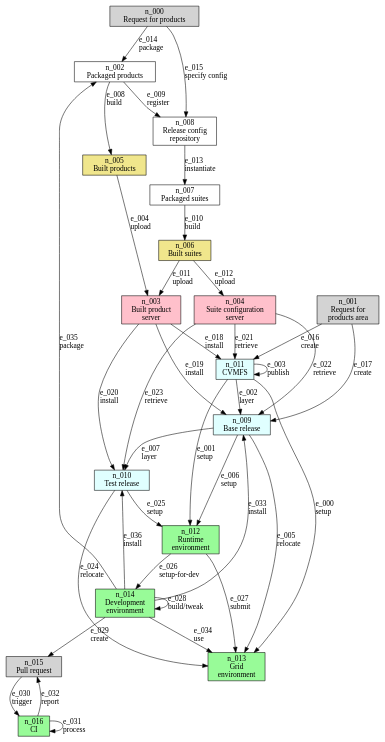
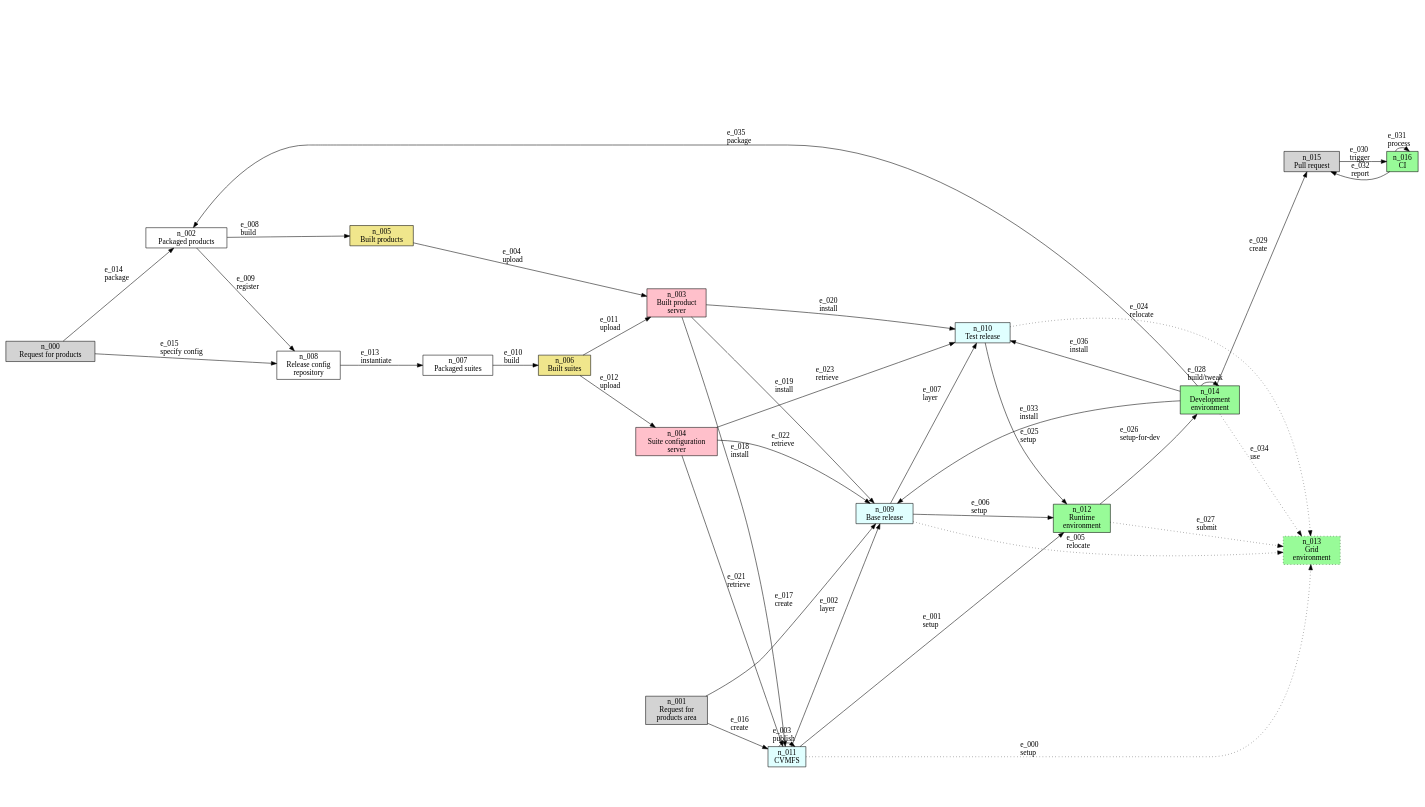
One commit to marcpaterno/spack_retreat changed the diagram in reduced-workflow.gv. Above: the diagram before and after it, drawn with Graphviz.

```diff
--- a/reduced-workflow.gv
+++ b/reduced-workflow.gv
@@ -1,61 +1,63 @@
 digraph spack_workflow {
 
   node [shape="rectangle"]
-  nodesep=0.35
+  nodesep=0.1
+  rankdir=LR
+  ratio=0.5625
 
   request_for_products [id="n_000", label="n_000\nRequest for products\n", style=filled, fillcolor=lightgray, href="./remaining_work.html#\N"]
   request_for_products_area [id="n_001", label="n_001\nRequest for\nproducts area\n", style=filled, fillcolor=lightgray, href="./remaining_work.html#\N"]
   packaged_products [id="n_002", label="n_002\nPackaged products", href="./remaining_work.html#\N"]
   scisoft [id="n_003", label="n_003\nBuilt product\nserver\n", style=filled, fillcolor=pink, href="./remaining_work.html#\N"]
   suite_config_server [id="n_004", label="n_004\nSuite configuration\nserver\n", style=filled, fillcolor=pink, href="./remaining_work.html#\N"]
   built_products [id="n_005", label="n_005\nBuilt products\n", style=filled, fillcolor=khaki, href="./remaining_work.html#\N"]
   built_env [id="n_006", label="n_006\nBuilt suites\n", style=filled, fillcolor=khaki, href="./remaining_work.html#\N"]
   packaged_suites [id="n_007", label="n_007\nPackaged suites", href="./remaining_work.html#\N"]
   release_config [id="n_008", label="n_008\nRelease config\nrepository", href="./remaining_work.html#\N"]
   base_release [id="n_009", label="n_009\nBase release\n", style=filled, fillcolor=lightcyan, href="./remaining_work.html#\N"]
   test_release [id="n_010", label="n_010\nTest release\n", style=filled, fillcolor=lightcyan, href="./remaining_work.html#\N"]
   CVMFS [id="n_011", label="n_011\n\N\n", style=filled, fillcolor=lightcyan, href="./remaining_work.html#\N"]
   runtime [id="n_012", label="n_012\nRuntime\nenvironment\n", style=filled, fillcolor=palegreen, href="./remaining_work.html#\N"]
-  grid [id="n_013", label="n_013\nGrid\nenvironment\n", style=filled, fillcolor=palegreen, href="./remaining_work.html#\N"]
+  grid [id="n_013", label="n_013\nGrid\nenvironment\n", style="filled,dotted", fillcolor=palegreen, href="./remaining_work.html#\N"]
   development [id="n_014", label="n_014\nDevelopment\nenvironment\n", style=filled, fillcolor=palegreen, href="./remaining_work.html#\N"]
   PR [id="n_015", label="n_015\nPull request\n", style=filled, fillcolor=lightgray, href="./remaining_work.html#\N"]
   CI [id="n_016", label="n_016\n\N\n", style=filled, fillcolor=palegreen, href="./remaining_work.html#\N"]
 
-  CVMFS -> grid [id="e_000", label="e_000\lsetup\l", href="./remaining_work.html#e_000"]
+  CVMFS -> grid [id="e_000", style=dotted, label="e_000\lsetup\l", href="./remaining_work.html#e_000"]
   CVMFS -> runtime [id="e_001", label="e_001\lsetup\l", href="./remaining_work.html#e_001"]
   CVMFS -> base_release [id="e_002", label="e_002\llayer\l", href="./remaining_work.html#e_002"]
   CVMFS -> CVMFS [id="e_003", label="e_003\lpublish\l", href="./remaining_work.html#e_003"]
   built_products -> scisoft [id="e_004", label="e_004\lupload\l", href="./remaining_work.html#e_004"]
-  base_release -> grid [id="e_005", label="e_005\lrelocate\l", href="./remaining_work.html#e_005"]
+  base_release -> grid [id="e_005", style=dotted, label="e_005\lrelocate\l", href="./remaining_work.html#e_005"]
   base_release -> runtime [id="e_006", label="e_006\lsetup\l", href="./remaining_work.html#e_006"]
   base_release -> test_release[id="e_007", label="e_007\llayer\l", href="./remaining_work.html#e_007"]
   packaged_products -> built_products [id="e_008", label="e_008\lbuild\l", href="./remaining_work.html#e_008"]
   packaged_products -> release_config [id="e_009", label="e_009\lregister\l", href="./remaining_work.html#e_009"]
   packaged_suites -> built_env [id="e_010", label="e_010\lbuild\l", href="./remaining_work.html#e_010"]
   built_env -> scisoft [id="e_011", label="e_011\lupload\l", href="./remaining_work.html#e_011"]
   built_env -> suite_config_server [id="e_012", label="e_012\lupload\l", href="./remaining_work.html#e_012"]
   release_config -> packaged_suites [id="e_013", label="e_013\linstantiate\l", href="./remaining_work.html#e_013"]
   request_for_products -> packaged_products [id="e_014", label="e_014\lpackage\l", href="./remaining_work.html#e_014"]
   request_for_products -> release_config [id="e_015", label="e_015\lspecify config\l", href="./remaining_work.html#e_015"]
   request_for_products_area -> CVMFS [id="e_016", label="e_016\lcreate\l", href="./remaining_work.html#e_016"]
   request_for_products_area -> base_release [id="e_017", label="e_017\lcreate\l", href="./remaining_work.html#e_017"]
   scisoft -> CVMFS [id="e_018", label="e_018\linstall\l", href="./remaining_work.html#e_018"]
   scisoft -> base_release [id="e_019", label="e_019\linstall\l", href="./remaining_work.html#e_019"]
   scisoft -> test_release [id="e_020", label="e_020\linstall\l", href="./remaining_work.html#e_020"]
   suite_config_server -> CVMFS [id="e_021", label="e_021\lretrieve\l", href="./remaining_work.html#e_021"]
   suite_config_server -> base_release [id="e_022", label="e_022\lretrieve\l", href="./remaining_work.html#e_022"]
   suite_config_server -> test_release [id="e_023", label="e_023\lretrieve\l", href="./remaining_work.html#e_023"]
-  test_release -> grid [id="e_024", label="e_024\lrelocate\l", href="./remaining_work.html#e_024"]
+  test_release -> grid [id="e_024", style=dotted, label="e_024\lrelocate\l", href="./remaining_work.html#e_024"]
   test_release -> runtime [id="e_025", label="e_025\lsetup\l", href="./remaining_work.html#e_025"]
   runtime -> development [id="e_026", label="e_026\lsetup-for-dev\l", href="./remaining_work.html#e_026"]
-  runtime -> grid [id="e_027", label="e_027\lsubmit\l", href="./remaining_work.html#e_027"]
+  runtime -> grid [id="e_027", style=dotted, label="e_027\lsubmit\l", href="./remaining_work.html#e_027"]
   development -> development [id="e_028", label="e_028\lbuild/tweak\l", href="./remaining_work.html#e_028"]
   development -> PR [id="e_029", label="e_029\lcreate\l", href="./remaining_work.html#e_029"]
   PR -> CI [id="e_030", label="e_030\ltrigger\l", href="./remaining_work.html#e_030"]
   CI -> CI [id="e_031", label="e_031\lprocess\l", href="./remaining_work.html#e_031"]
   CI -> PR [id="e_032", label="e_032\lreport\l", href="./remaining_work.html#e_032"]
   development -> base_release [id="e_033", label="e_033\linstall\l", href="./remaining_work.html#e_033"]
-  development -> grid [id="e_034", label="e_034\luse\l", href="./remaining_work.html#e_034"]
+  development -> grid [id="e_034", style=dotted, label="e_034\luse\l", href="./remaining_work.html#e_034"]
   development -> packaged_products [id="e_035", label="e_035\lpackage\l", href="./remaining_work.html#e_035"]
   development -> test_release [id="e_036", label="e_036\linstall\l", href="./remaining_work.html#e_036"]
 }
```
